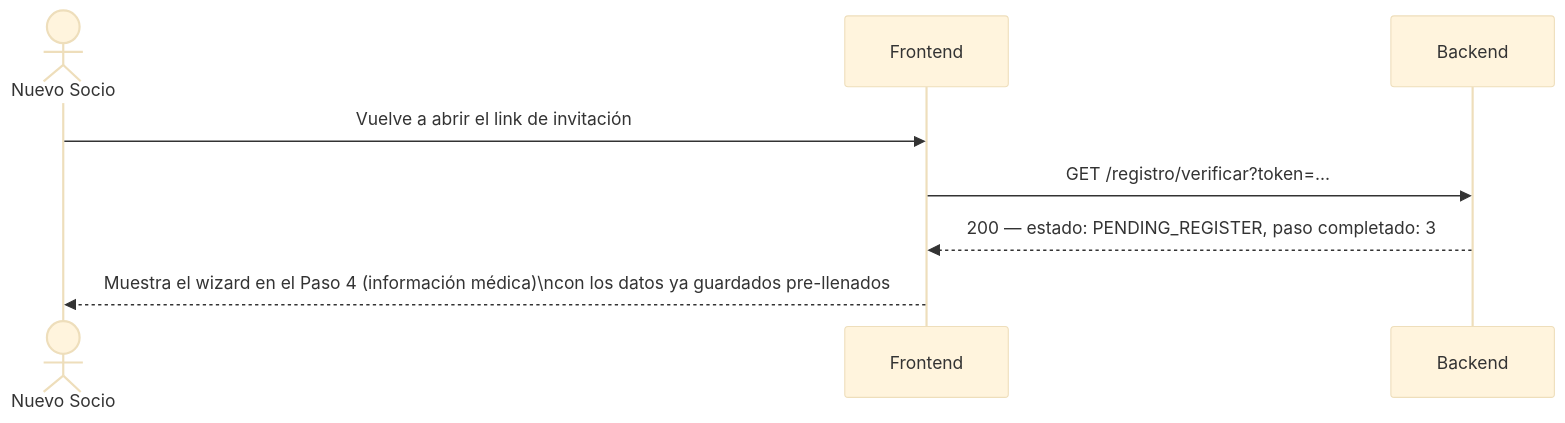
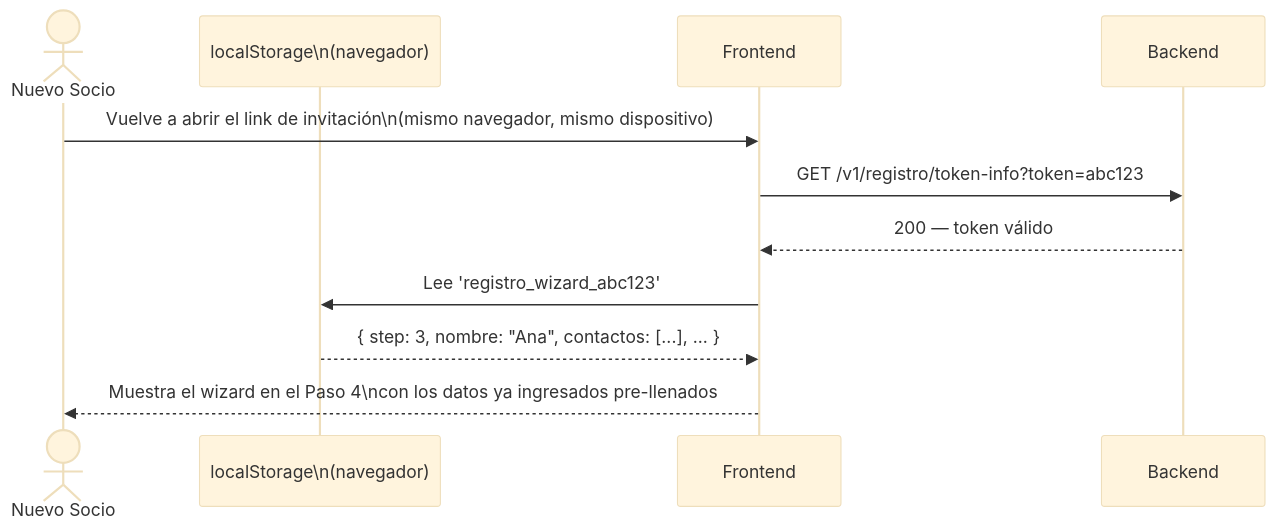
One commit to ovo86da/sadday-app changed the second of 2 diagrams in docs/flujos/24-registro-multistep.md. Above: the diagram before and after it, drawn with Mermaid (base theme). The commit also changed other lines of this file, not shown here.

First line of the commit message:
docs(flujos): corregir flujo 24 — progreso en localStorage, no en BD

````diff
--- a/docs/flujos/24-registro-multistep.md
+++ b/docs/flujos/24-registro-multistep.md
@@ -140,11 +139,14 @@
 ```mermaid
 sequenceDiagram
     actor P as Nuevo Socio
+    participant LS as localStorage\n(navegador)
     participant W as Frontend
     participant API as Backend
 
-    P->>W: Vuelve a abrir el link de invitación
-    W->>API: GET /registro/verificar?token=...
-    API-->>W: 200 — estado: PENDING_REGISTER, paso completado: 3
-    W-->>P: Muestra el wizard en el Paso 4 (información médica)\ncon los datos ya guardados pre-llenados
+    P->>W: Vuelve a abrir el link de invitación\n(mismo navegador, mismo dispositivo)
+    W->>API: GET /v1/registro/token-info?token=abc123
+    API-->>W: 200 — token válido
+    W->>LS: Lee 'registro_wizard_abc123'
+    LS-->>W: { step: 3, nombre: "Ana", contactos: [...], ... }
+    W-->>P: Muestra el wizard en el Paso 4\ncon los datos ya ingresados pre-llenados
 ```
````
